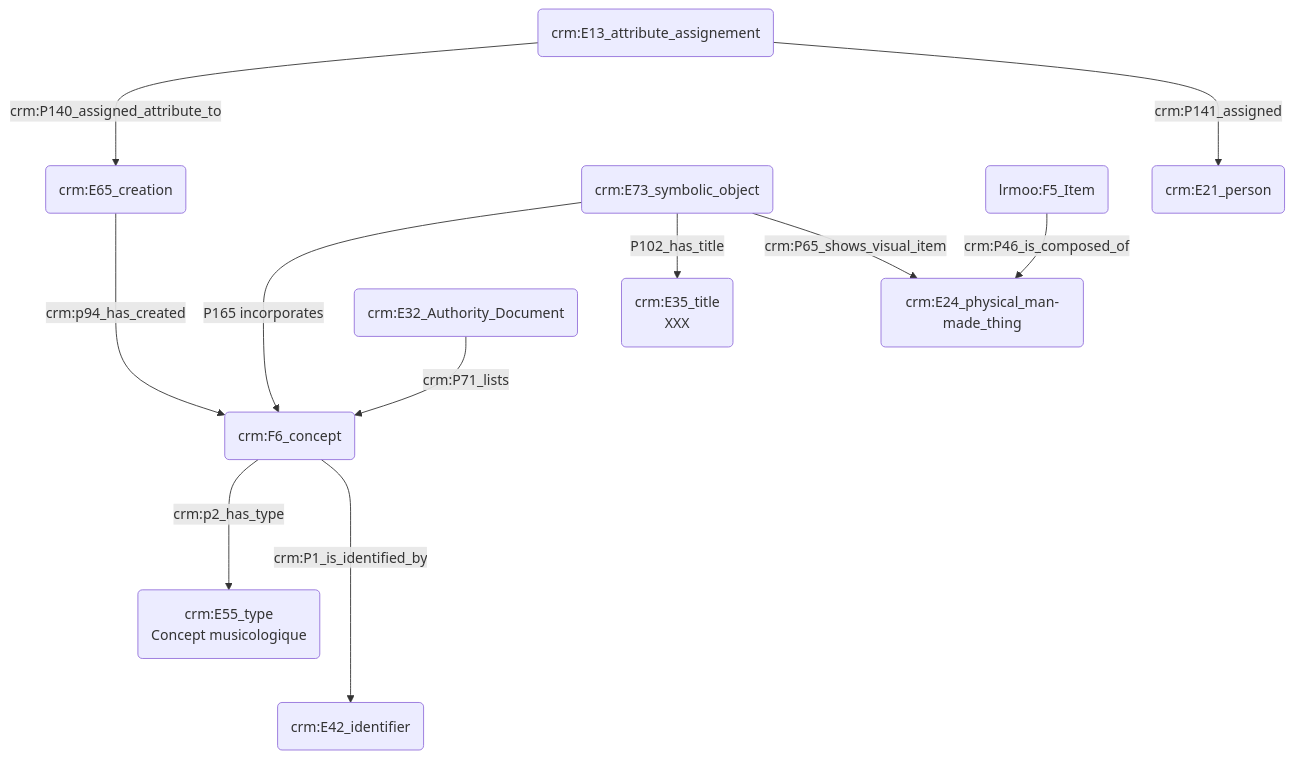
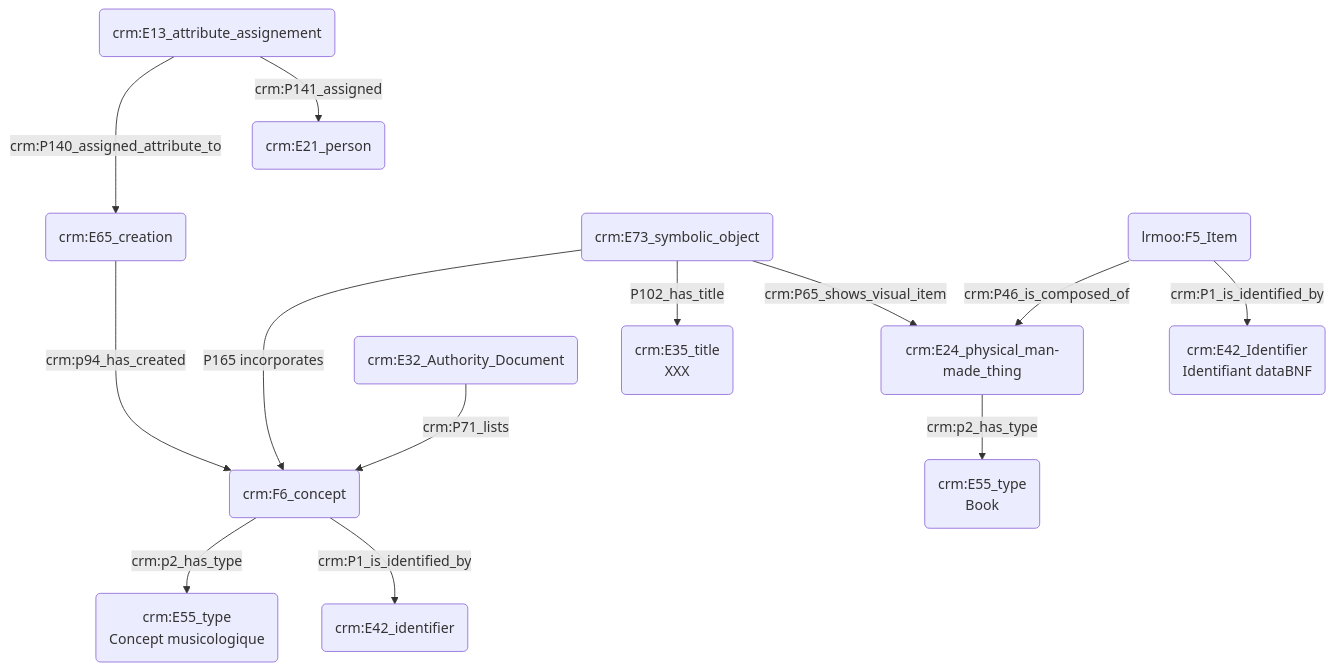
Before and after one commit to Amleth/consortium-musica2-gt2-ontologies: the diagram in modules/indexation_conceptuelle/index.md, drawn with Mermaid. The commit also changed other lines of this file, not shown here.

````diff
--- a/modules/indexation_conceptuelle/index.md
+++ b/modules/indexation_conceptuelle/index.md
@@ -3,21 +3,22 @@
 ```mermaid
 graph TD;
 
-B(crm:F6_concept) ---> |crm:p2_has_type| C(crm:E55_type<br>Concept musicologique)
+B(crm:F6_concept) --> |crm:p2_has_type| C(crm:E55_type<br>Concept musicologique)
 E(crm:E65_creation) --->|crm:p94_has_created| B(crm:F6_concept)
 
 J(crm:E73_symbolic_object) --->|P165 incorporates| B(crm:F6_concept)
 J(crm:E73_symbolic_object) --> |P102_has_title| D(crm:E35_title<br>XXX)
 J(crm:E73_symbolic_object) --> |crm:P65_shows_visual_item| K(crm:E24_physical_man-made_thing)
 A(lrmoo:F5_Item) --> |crm:P46_is_composed_of| K(crm:E24_physical_man-made_thing)
 
-B(crm:F6_concept) ---->|crm:P1_is_identified_by| I(crm:E42_identifier)
+B(crm:F6_concept) -->|crm:P1_is_identified_by| I(crm:E42_identifier)
 H(crm:E32_Authority_Document)  --> |crm:P71_lists| B(crm:F6_concept)
 
 F(crm:E13_attribute_assignement) ---> |crm:P140_assigned_attribute_to| E(crm:E65_creation)
-F(crm:E13_attribute_assignement) ---> |crm:P141_assigned| G(crm:E21_person)
+F(crm:E13_attribute_assignement) --> |crm:P141_assigned| G(crm:E21_person)
 
 
-
+A(lrmoo:F5_Item) --> |crm:P1_is_identified_by| L(crm:E42_Identifier<br>Identifiant dataBNF)
+K(crm:E24_physical_man-made_thing) --> |crm:p2_has_type| M(crm:E55_type<br>Book)
 
 ```
````
